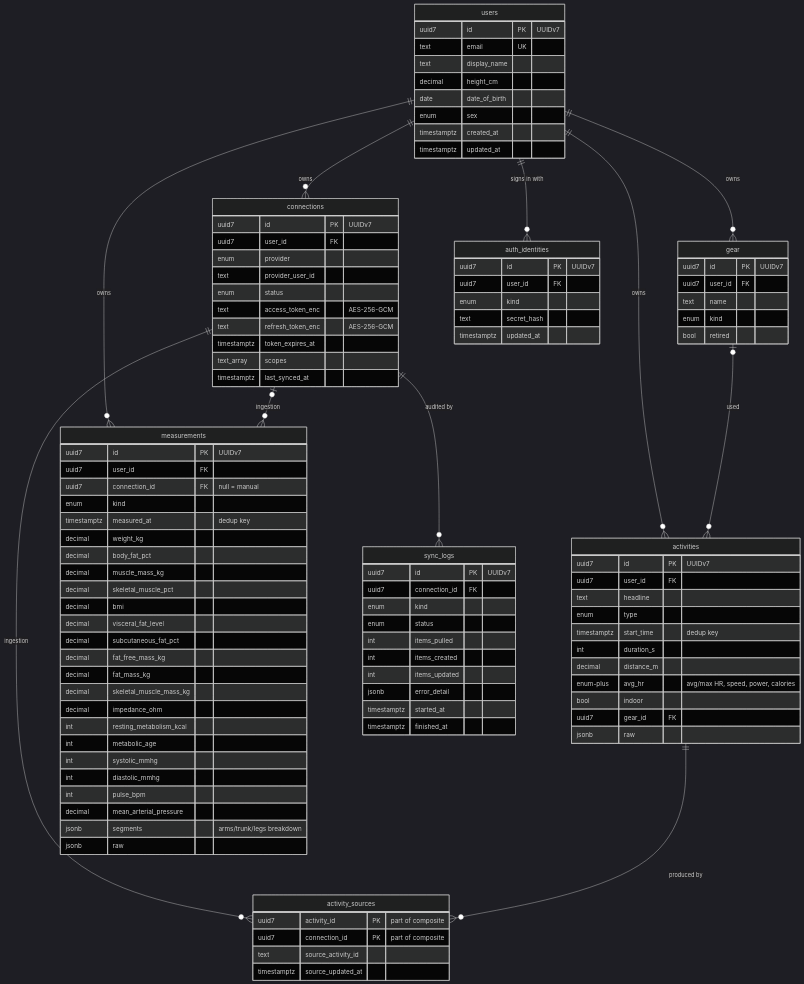
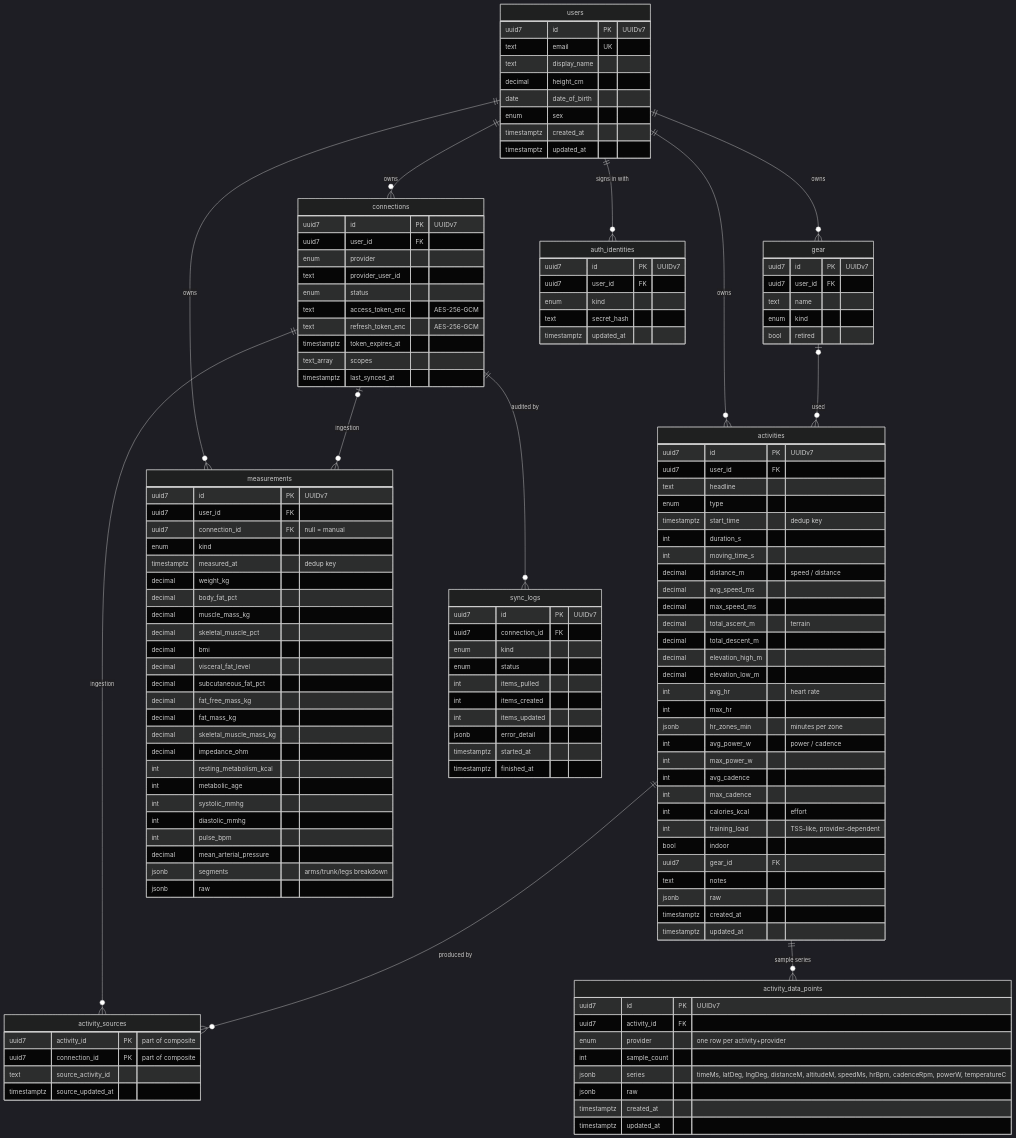
Before and after one commit to tzulberti/stridash: the diagram in docs/db-diagram.md, drawn with Mermaid (dark theme). The commit also changed other lines of this file and 5 other files, not shown here.

First line of the commit message:
db: full activity performance metrics + per-sample activity_data_points

```diff
--- a/docs/db-diagram.md
+++ b/docs/db-diagram.md
@@ -22,6 +22,7 @@
     connections ||--o{ activity_sources : ingestion
 
     activities ||--o{ activity_sources : "produced by"
+    activities ||--o{ activity_data_points : "sample series"
     gear |o--o{ activities : used
 
     users {
@@ -72,11 +73,39 @@
         enum type
         timestamptz start_time "dedup key"
         int duration_s
-        decimal distance_m
-        enum-plus avg_hr "avg/max HR, speed, power, calories"
+        int moving_time_s
+        decimal distance_m "speed / distance"
+        decimal avg_speed_ms
+        decimal max_speed_ms
+        decimal total_ascent_m "terrain"
+        decimal total_descent_m
+        decimal elevation_high_m
+        decimal elevation_low_m
+        int avg_hr "heart rate"
+        int max_hr
+        jsonb hr_zones_min "minutes per zone"
+        int avg_power_w "power / cadence"
+        int max_power_w
+        int avg_cadence
+        int max_cadence
+        int calories_kcal "effort"
+        int training_load "TSS-like, provider-dependent"
         bool indoor
         uuid7 gear_id FK
+        text notes
         jsonb raw
+        timestamptz created_at
+        timestamptz updated_at
+    }
+    activity_data_points {
+        uuid7 id PK "UUIDv7"
+        uuid7 activity_id FK
+        enum provider "one row per activity+provider"
+        int sample_count
+        jsonb series "timeMs, latDeg, lngDeg, distanceM, altitudeM, speedMs, hrBpm, cadenceRpm, powerW, temperatureC"
+        jsonb raw
+        timestamptz created_at
+        timestamptz updated_at
     }
     activity_sources {
         uuid7 activity_id PK "part of composite"
```
